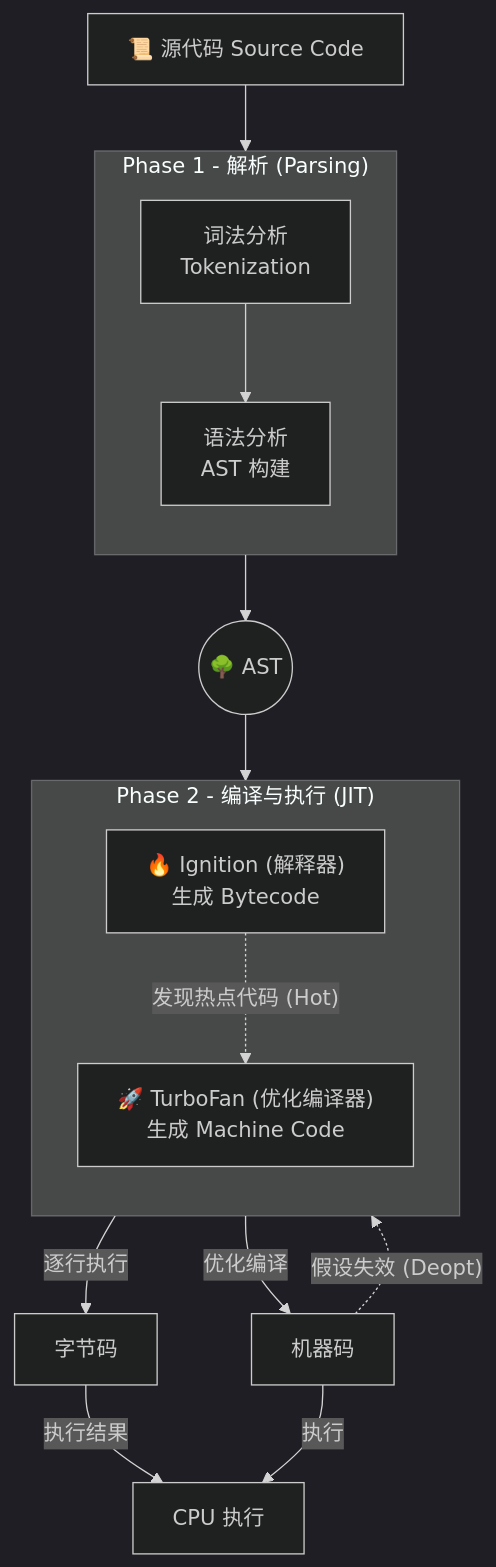
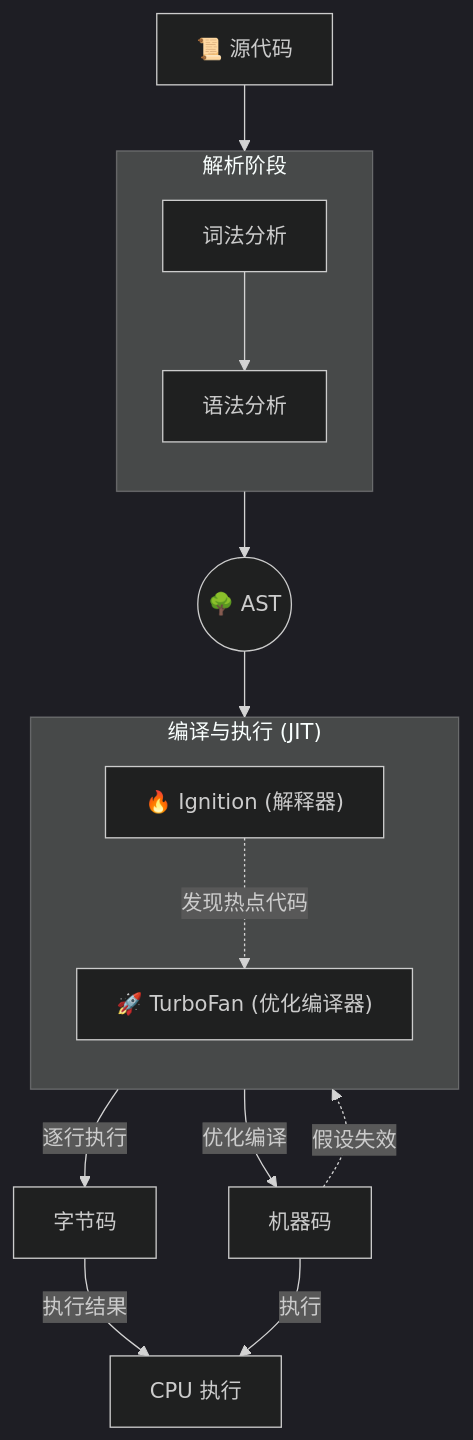
The diagram in content/30-Zettelkasten/JS执行机制.md (pedyc/dg.pedyc), drawn with Mermaid (dark theme) before and after one commit. The commit also changed other lines of this file and 83 other files, not shown here.

`````diff
--- a/content/30-Zettelkasten/JS执行机制.md
+++ b/content/30-Zettelkasten/JS执行机制.md
@@ -27,47 +35,29 @@
 ```mermaid
 graph TD
-    %% --- 节点定义 ---
-    Source["📜 源代码 Source Code"]
-    
-    %% 解析阶段节点
-    Scanner["词法分析<br>Tokenization"]
-    Parser["语法分析<br>AST 构建"]
+    Source["📜 源代码"]
+    subgraph Parse ["解析阶段"]
+        direction TB
+        Scanner["词法分析"]
+        Parser["语法分析"]
+    end
     AST(("🌳 AST"))
-
-    %% 编译阶段节点
-    Ignition["🔥 Ignition (解释器)<br>生成 Bytecode"]
-    TurboFan["🚀 TurboFan (优化编译器)<br>生成 Machine Code"]
-    
-    %% 产物节点
+    subgraph Compile ["编译与执行 (JIT)"]
+        direction TB
+        Ignition["🔥 Ignition (解释器)"]
+        TurboFan["🚀 TurboFan (优化编译器)"]
+    end
     Bytecode["字节码"]
     Optimized["机器码"]
     CPU["CPU 执行"]
 
-    %% --- 子图结构 (关键修改：移除 '1. ' 格式) ---
-    subgraph Parse ["Phase 1 - 解析 (Parsing)"]
-        direction TB
-        Scanner
-        Parser
-    end
-
-    subgraph Compile ["Phase 2 - 编译与执行 (JIT)"]
-        direction TB
-        Ignition
-        TurboFan
-    end
-
-    %% --- 连接关系 ---
     Source --> Scanner
     Scanner --> Parser
     Parser --> AST
     AST --> Ignition
-    
-    Ignition -->|"逐行执行"| Bytecode
-    Bytecode -->|"执行结果"| CPU
-    
-    Ignition -.->|"发现热点代码 (Hot)"| TurboFan
-    TurboFan -->|"优化编译"| Optimized
-    Optimized -->|"执行"| CPU
-    
-    Optimized -.->|"假设失效 (Deopt)"| Ignition
-````
+    Ignition -->|逐行执行| Bytecode
+    Bytecode -->|执行结果| CPU
+    Ignition -.->|发现热点代码| TurboFan
+    TurboFan -->|优化编译| Optimized
+    Optimized -->|执行| CPU
+    Optimized -.->|假设失效| Ignition
+```
`````
